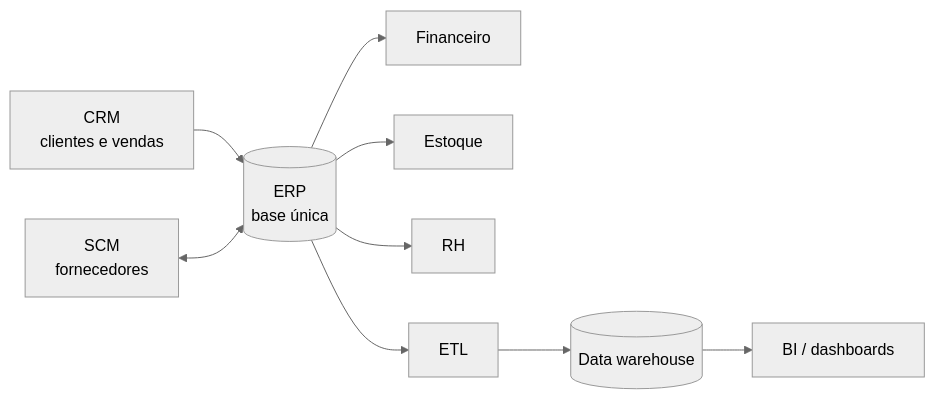
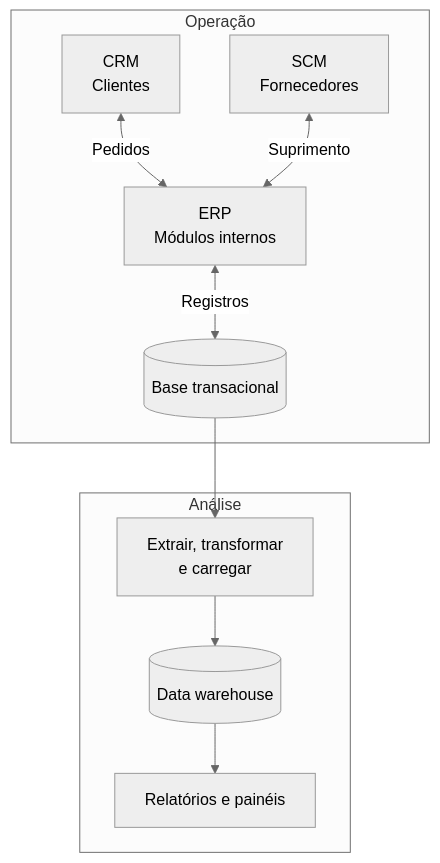
Before and after one commit to pedrotescaro/Stacklyst: the diagram in content/enade/empreendedorismo-e-gestao/sistemas-de-informacao-empresariais.md, drawn with Mermaid (neutral theme). The commit also changed other lines of this file and 84 other files, not shown here.

Commit message:
feat(enade): redraw study library diagrams

````diff
--- a/content/enade/empreendedorismo-e-gestao/sistemas-de-informacao-empresariais.md
+++ b/content/enade/empreendedorismo-e-gestao/sistemas-de-informacao-empresariais.md
@@ -78,9 +80,13 @@
-```mermaid Integração dos sistemas empresariais
-flowchart LR
-  CRM[CRM<br/>clientes e vendas] --> ERP[(ERP<br/>base única)]
-  ERP --> FIN[Financeiro]
-  ERP --> EST[Estoque]
-  ERP --> RH[RH]
-  SCM[SCM<br/>fornecedores] <--> ERP
-  ERP --> ETL[ETL] --> DW[(Data warehouse)] --> BI[BI / dashboards]
+```mermaid ERP, aplicações empresariais e análise
+flowchart TB
+  subgraph OPS["Operação"]
+    CRM["CRM<br/>Clientes"] <-->|"Pedidos"| ERP["ERP<br/>Módulos internos"]
+    SCM["SCM<br/>Fornecedores"] <-->|"Suprimento"| ERP
+    ERP <-->|"Registros"| BD[("Base transacional")]
+  end
+  subgraph ANALISE["Análise"]
+    ETL["Extrair, transformar<br/>e carregar"] --> DW[("Data warehouse")]
+    DW --> BI["Relatórios e painéis"]
+  end
+  BD --> ETL
 ```
````
